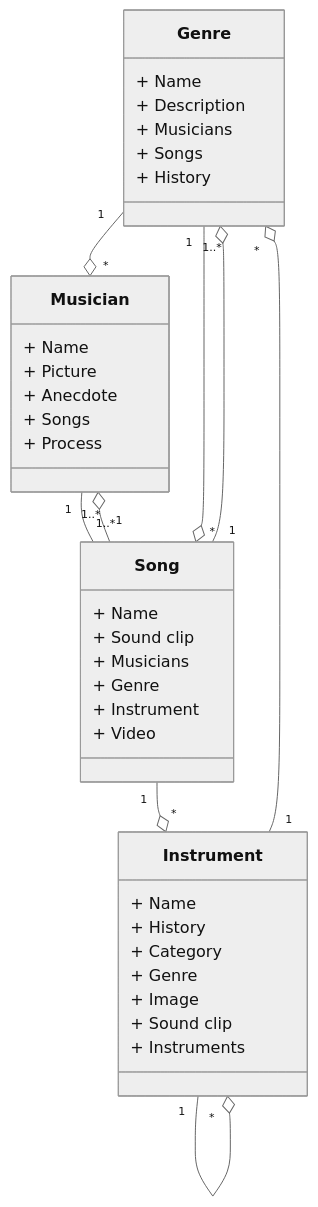
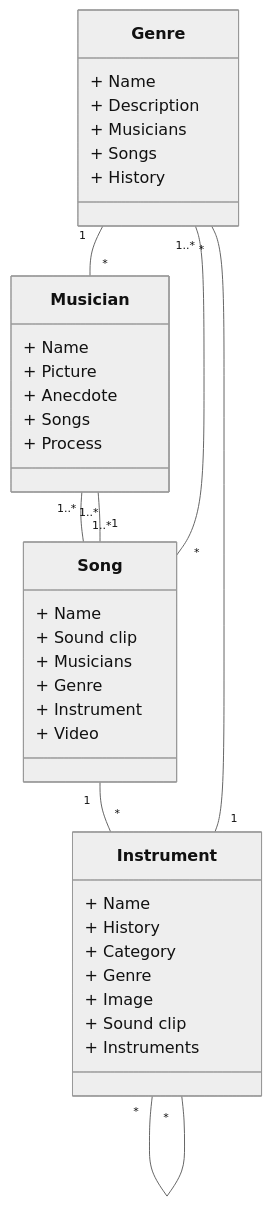
Before and after one commit to travis-kuenzi/Mongo-Driven-Website-Term-Project: the diagram in README.md, drawn with Mermaid (neutral theme).

Commit message:
Reduced # of lines, two way relationships now

````diff
--- a/README.md
+++ b/README.md
@@ -11,51 +11,50 @@
 ```mermaid
 classDiagram 
     class Genre {
       + Name
       + Description
       + Musicians
       + Songs
       + History
     }
 
     class Musician {
       + Name
       + Picture
       + Anecdote
       + Songs
       + Process
     }
 
     class Song {
       + Name
       + Sound clip
       + Musicians
       + Genre
       + Instrument
       + Video
     }
 
     class Instrument {
       + Name
       + History
       + Category
       + Genre
       + Image
       + Sound clip
       
       + Instruments
     }
 
     %%Links between entities - don't worry too much about details
-    Musician "1" -- "1..*" Song 
+    Musician "1..*" -- "1..*" Song 
 
-    Genre "1" --o "*" Musician
-    Genre "1" --o "*" Song
+    Genre "1" -- "*" Musician
+    Genre "1..*" -- "*" Song
 
-    Song "1" --o "1..*" Musician
-    Song "1" --o "1..*" Genre
-    Song "1" --o "*" Instrument
+    Song "1" -- "1..*" Musician
+    Song "1" -- "*" Instrument
 
-    Instrument "1" --o "*" Genre
-    Instrument "1" --o "*" Instrument
+    Instrument "1" -- "*" Genre
+    Instrument "*" -- "*" Instrument
 ```
````
